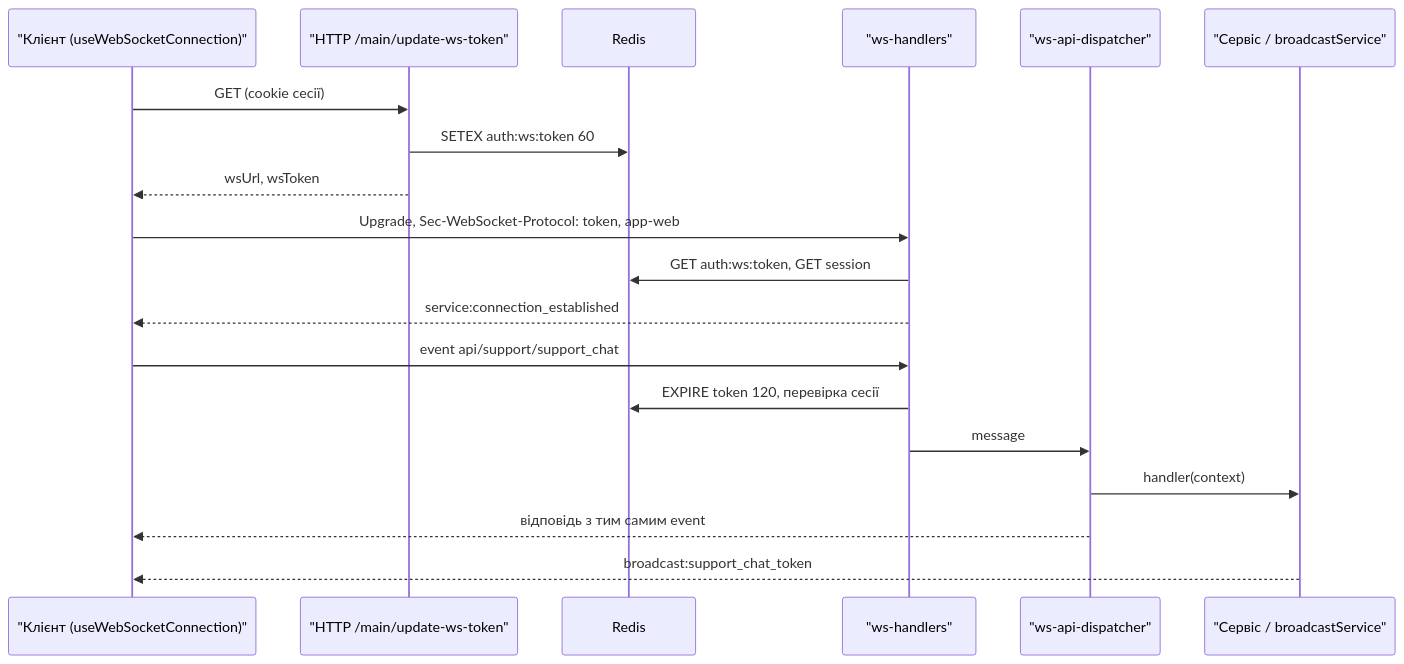
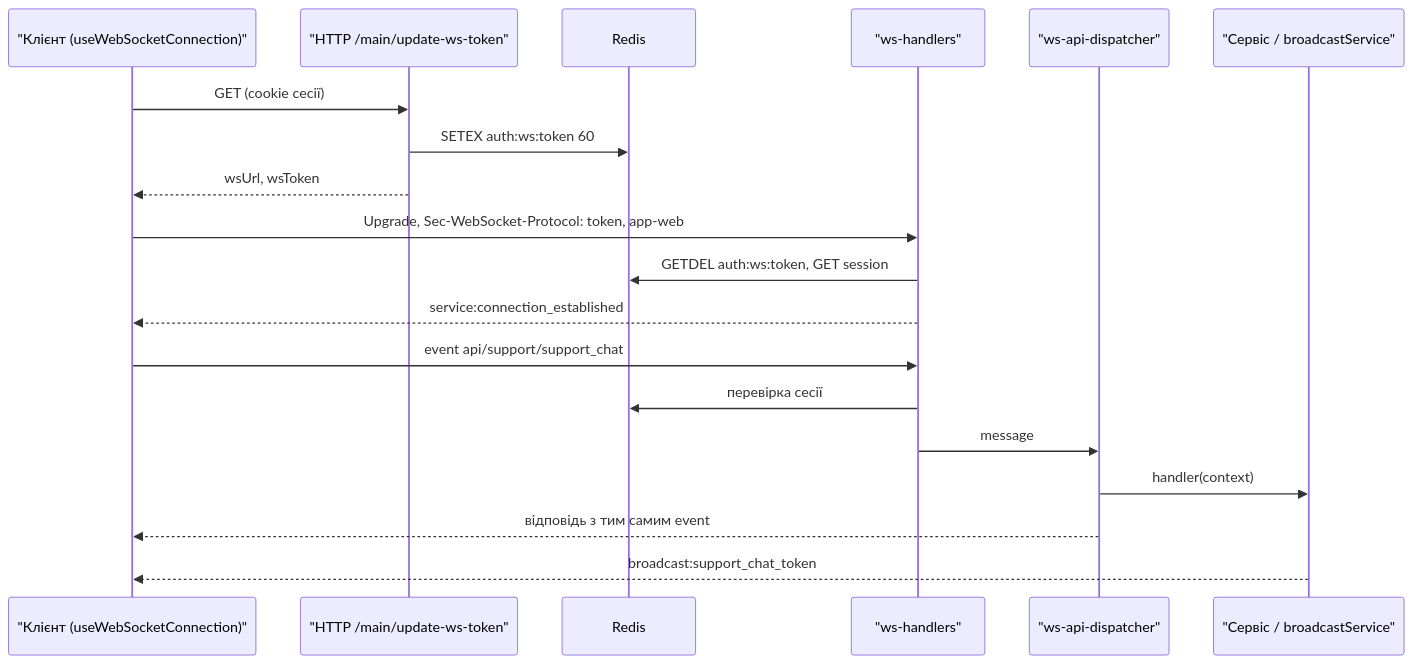
The diagram in documentation/backend/websocket.md (Blazheiko/vibe-template), drawn with Mermaid before and after one commit. The commit also changed other lines of this file and 36 other files, not shown here.

````diff
--- a/documentation/backend/websocket.md
+++ b/documentation/backend/websocket.md
@@ -367,21 +365,21 @@
 ```mermaid
 sequenceDiagram
   participant C as "Клієнт (useWebSocketConnection)"
   participant H as "HTTP /main/update-ws-token"
   participant R as Redis
   participant W as "ws-handlers"
   participant D as "ws-api-dispatcher"
   participant S as "Сервіс / broadcastService"
   C->>H: GET (cookie сесії)
   H->>R: SETEX auth:ws:token 60
   H-->>C: wsUrl, wsToken
   C->>W: Upgrade, Sec-WebSocket-Protocol: token, app-web
-  W->>R: GET auth:ws:token, GET session
+  W->>R: GETDEL auth:ws:token, GET session
   W-->>C: service:connection_established
   C->>W: event api/support/support_chat
-  W->>R: EXPIRE token 120, перевірка сесії
+  W->>R: перевірка сесії
   W->>D: message
   D->>S: handler(context)
   D-->>C: відповідь з тим самим event
   S-->>C: broadcast:support_chat_token
 ```
````
